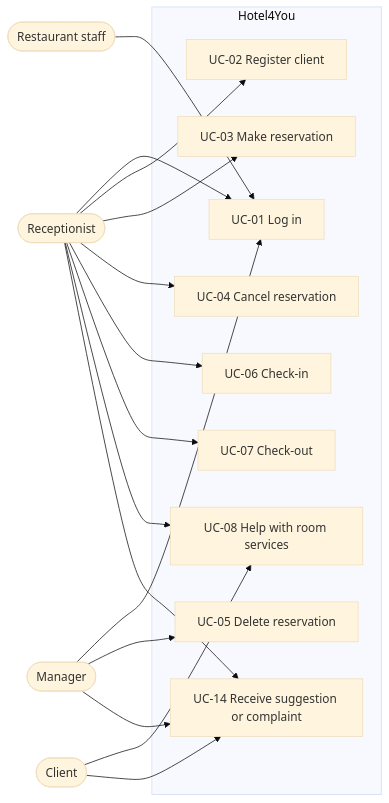
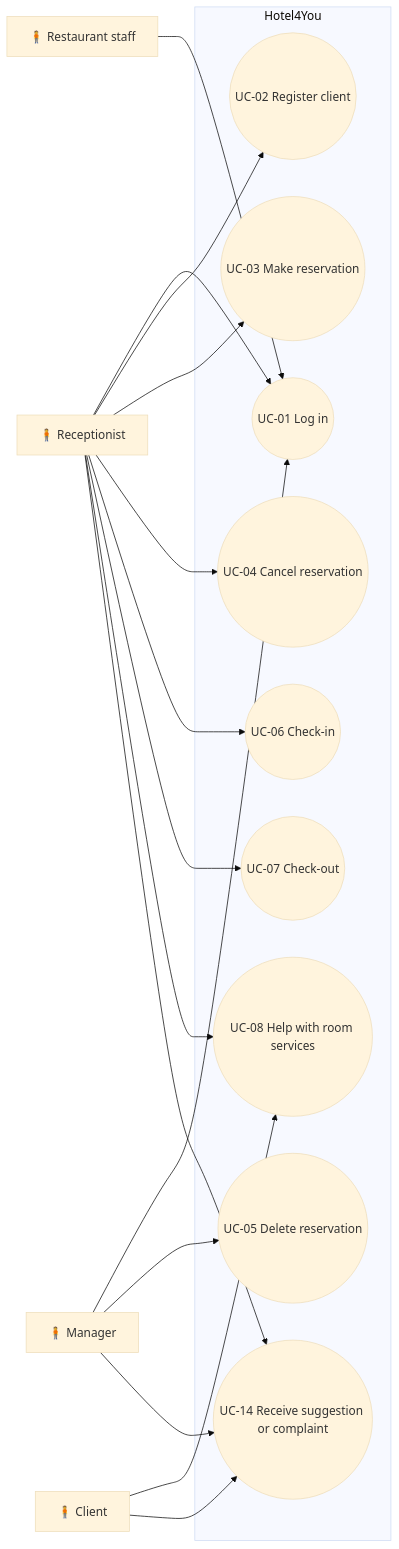
Before and after one commit to BorjaTiago/hotel4you: the first of 3 diagrams in docs/uml/use-cases.md, drawn with Mermaid (base theme). The commit also changed other lines of this file and 1 other file, not shown here.

````diff
--- a/docs/uml/use-cases.md
+++ b/docs/uml/use-cases.md
@@ -7,35 +7,35 @@
 ```mermaid
 flowchart LR
   %% Requirements: RF-01, RF-02, RF-05, RF-06, RF-07, RF-09, RF-10, RF-11, RF-12, RF-13, RF-14, RF-15, RF-16, RF-17, RF-18, RF-22, RF-27, RNF-02, RNF-03.
-  Client([Client])
-  Receptionist([Receptionist])
-  Manager([Manager])
-  RestaurantStaff([Restaurant staff])
+  Client["🧍 Client"]
+  Receptionist["🧍 Receptionist"]
+  Manager["🧍 Manager"]
+  RestaurantStaff["🧍 Restaurant staff"]
 
   subgraph Hotel4You[Hotel4You]
-    UC01[UC-01 Log in]
-    UC02[UC-02 Register client]
-    UC03[UC-03 Make reservation]
-    UC04[UC-04 Cancel reservation]
-    UC05[UC-05 Delete reservation]
-    UC06[UC-06 Check-in]
-    UC07[UC-07 Check-out]
-    UC08[UC-08 Help with room services]
-    UC14[UC-14 Receive suggestion or complaint]
+    UC01(("UC-01 Log in"))
+    UC02(("UC-02 Register client"))
+    UC03(("UC-03 Make reservation"))
+    UC04(("UC-04 Cancel reservation"))
+    UC05(("UC-05 Delete reservation"))
+    UC06(("UC-06 Check-in"))
+    UC07(("UC-07 Check-out"))
+    UC08(("UC-08 Help with room services"))
+    UC14(("UC-14 Receive suggestion or complaint"))
   end
 
   Receptionist --> UC01
   Manager --> UC01
   RestaurantStaff --> UC01
   Receptionist --> UC02
   Receptionist --> UC03
   Receptionist --> UC04
   Manager --> UC05
   Receptionist --> UC06
   Receptionist --> UC07
   Client --> UC08
   Receptionist --> UC08
   Client --> UC14
   Receptionist --> UC14
   Manager --> UC14
 ```
````
